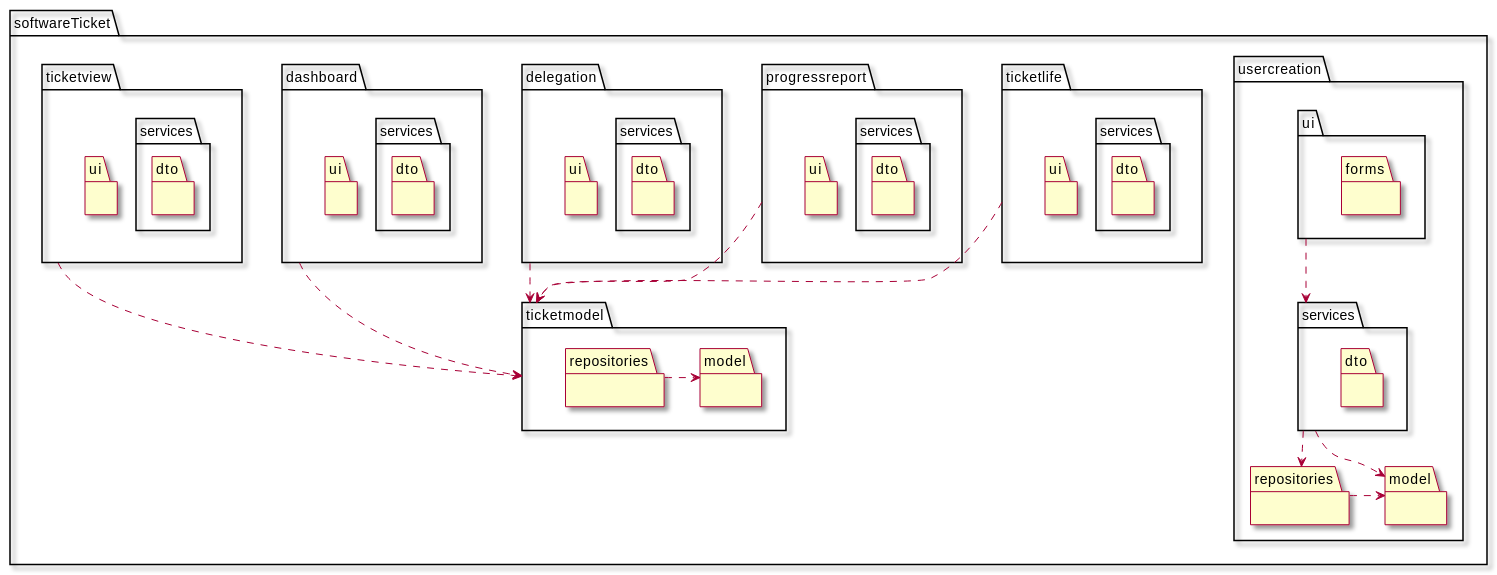
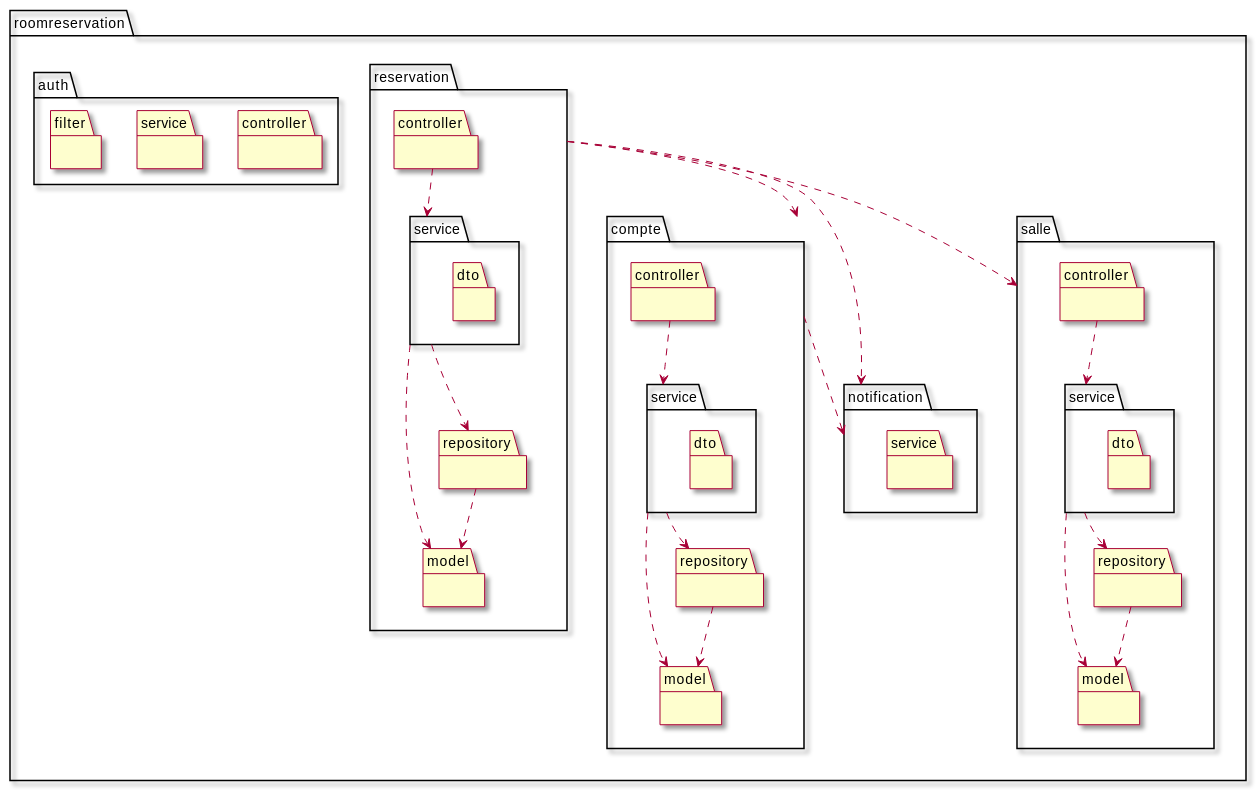
Before and after one commit to mrajaonson/glg204-room-management-system: the first of 4 diagrams in docs/03-Conception.md, drawn with PlantUML. The commit also changed other lines of this file, not shown here.

```diff
--- a/docs/03-Conception.md
+++ b/docs/03-Conception.md
@@ -242,78 +170,65 @@
 ~~~plantuml
 @startuml packages
 skin rose
 
-package softwareTicket {
-  package usercreation {
-    package ui {
-      package forms {
+package roomreservation {
 
-      }
-    }    
-    package services {
-        package dto {}
-    }          
+  package compte {
+    package controller {}
+    package service {
+      package dto {}
+    }
     package model {}
-    package repositories {}
-    
-    ui ..> services
-    services ..> model
-    services ..> repositories
-    repositories .> model    
+    package repository {}
+
+    controller ..> service
+    service ..> model
+    service ..> repository
+    repository ..> model
   }
 
-  package ticketlife {
-    package ui {    
-    }    
-    package services {
-        package dto {}
-    }              
+  package salle {
+    package controller {}
+    package service {
+      package dto {}
+    }
+    package model {}
+    package repository {}
+
+    controller ..> service
+    service ..> model
+    service ..> repository
+    repository ..> model
   }
 
-  package progressreport {
-    package ui {    
-    }    
-    package services {
-        package dto {}
-    }              
+  package reservation {
+    package controller {}
+    package service {
+      package dto {}
+    }
+    package model {}
+    package repository {}
+
+    controller ..> service
+    service ..> model
+    service ..> repository
+    repository ..> model
   }
 
-  package delegation {     
-    package ui {    
-    }    
-    package services {
-        package dto {}
-    }              
+  package notification {
+    package service {}
   }
 
-   package dashboard {     
-    package ui {    
-    }    
-    package services {
-        package dto {}
-    }              
+  package auth {
+    package controller {}
+    package service {}
+    package filter {}
   }
 
-   package ticketview {     
-    package ui {    
-    }    
-    package services {
-        package dto {}
-    }              
-  }
-
-  package ticketmodel {
-    package model {}
-    package repositories {}
-    repositories .> model    
-  }
-
-  ticketlife ..> ticketmodel
-  progressreport ..> ticketmodel
-  delegation ..> ticketmodel
-  dashboard ..> ticketmodel
-  ticketview ..> ticketmodel
-
+  reservation ..> salle
+  reservation ..> compte
+  reservation ..> notification
+  compte ..> notification
 }
 @enduml
 ~~~
```
